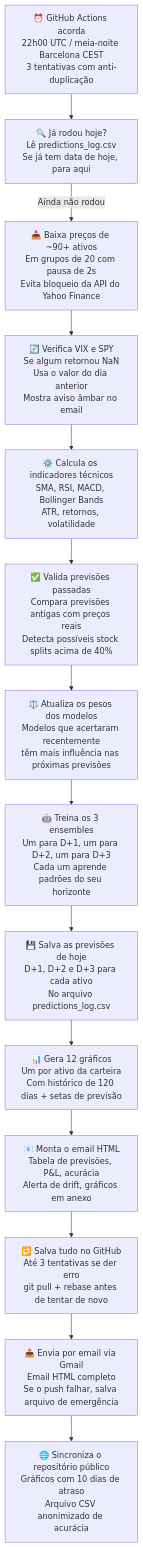
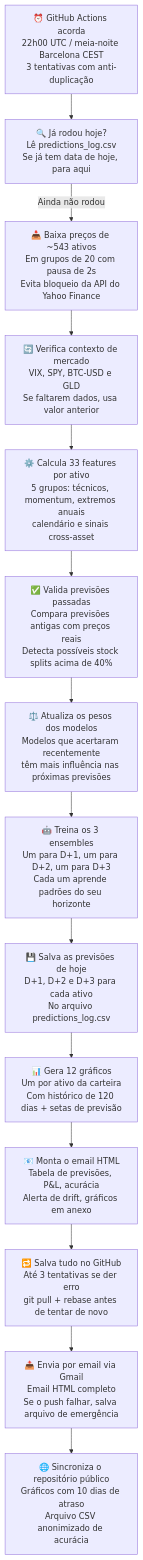
Before and after one commit to srxkatsumi/smart-wallet-ml: the first of 2 diagrams in README_educativo.md, drawn with Mermaid. The commit also changed other lines of this file and 14 other files, not shown here.

````diff
--- a/README_educativo.md
+++ b/README_educativo.md
@@ -30,16 +39,16 @@
 ```mermaid
 flowchart TD
     A["⏰ GitHub Actions acorda\n22h00 UTC / meia-noite Barcelona CEST\n3 tentativas com anti-duplicação"] --> B["🔍 Já rodou hoje?\nLê predictions_log.csv\nSe já tem data de hoje, para aqui"]
-    B -->|Ainda não rodou| C["📥 Baixa preços de ~90+ ativos\nEm grupos de 20 com pausa de 2s\nEvita bloqueio da API do Yahoo Finance"]
-    C --> D["🔄 Verifica VIX e SPY\nSe algum retornou NaN\nUsa o valor do dia anterior\nMostra aviso âmbar no email"]
-    D --> E["⚙️ Calcula os indicadores técnicos\nSMA, RSI, MACD, Bollinger Bands\nATR, retornos, volatilidade"]
+    B -->|Ainda não rodou| C["📥 Baixa preços de ~543 ativos\nEm grupos de 20 com pausa de 2s\nEvita bloqueio da API do Yahoo Finance"]
+    C --> D["🔄 Verifica contexto de mercado\nVIX, SPY, BTC-USD e GLD\nSe faltarem dados, usa valor anterior"]
+    D --> E["⚙️ Calcula 33 features por ativo\n5 grupos: técnicos, momentum, extremos anuais\ncalendário e sinais cross-asset"]
     E --> F["✅ Valida previsões passadas\nCompara previsões antigas com preços reais\nDetecta possíveis stock splits acima de 40%"]
     F --> G["⚖️ Atualiza os pesos dos modelos\nModelos que acertaram recentemente\ntêm mais influência nas próximas previsões"]
     G --> H["🤖 Treina os 3 ensembles\nUm para D+1, um para D+2, um para D+3\nCada um aprende padrões do seu horizonte"]
     H --> I["💾 Salva as previsões de hoje\nD+1, D+2 e D+3 para cada ativo\nNo arquivo predictions_log.csv"]
     I --> J["📊 Gera 12 gráficos\nUm por ativo da carteira\nCom histórico de 120 dias + setas de previsão"]
     J --> K["📧 Monta o email HTML\nTabela de previsões, P&L, acurácia\nAlerta de drift, gráficos em anexo"]
     K --> L["🔁 Salva tudo no GitHub\nAté 3 tentativas se der erro\ngit pull + rebase antes de tentar de novo"]
     L --> M["📤 Envia por email via Gmail\nEmail HTML completo\nSe o push falhar, salva arquivo de emergência"]
     M --> N["🌐 Sincroniza o repositório público\nGráficos com 10 dias de atraso\nArquivo CSV anonimizado de acurácia"]
 ```
````
